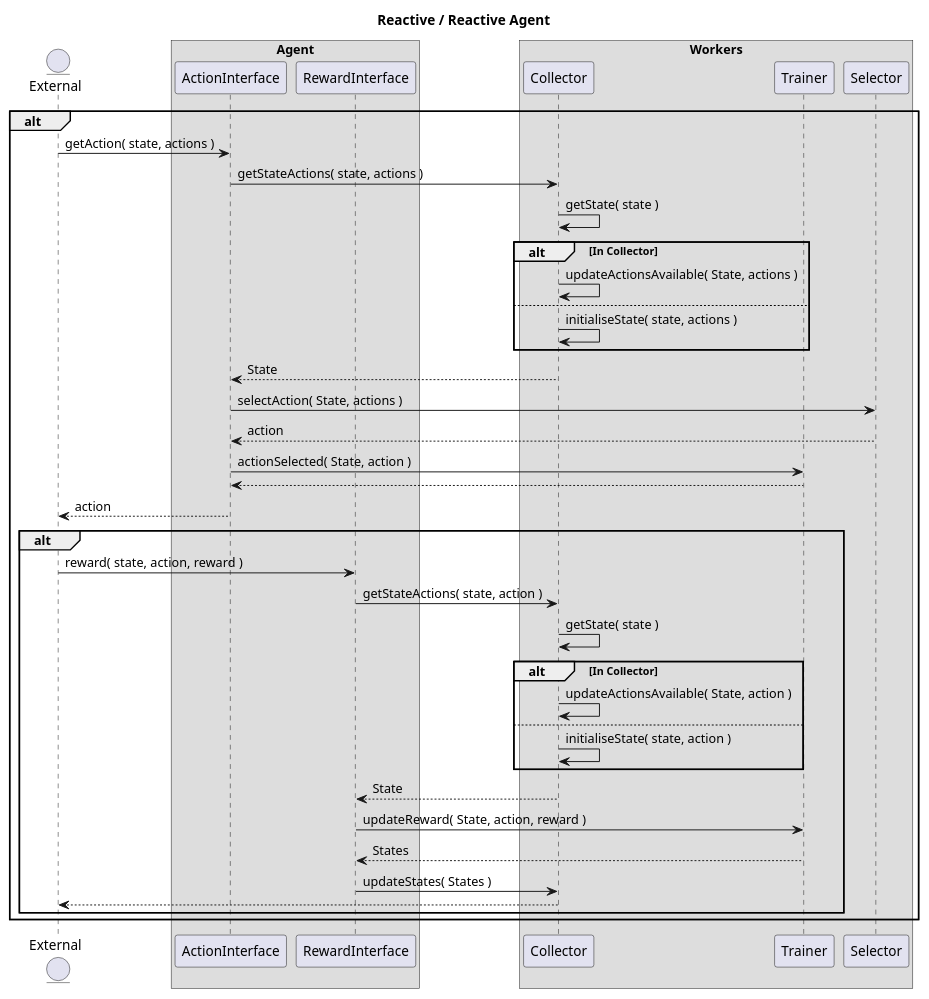
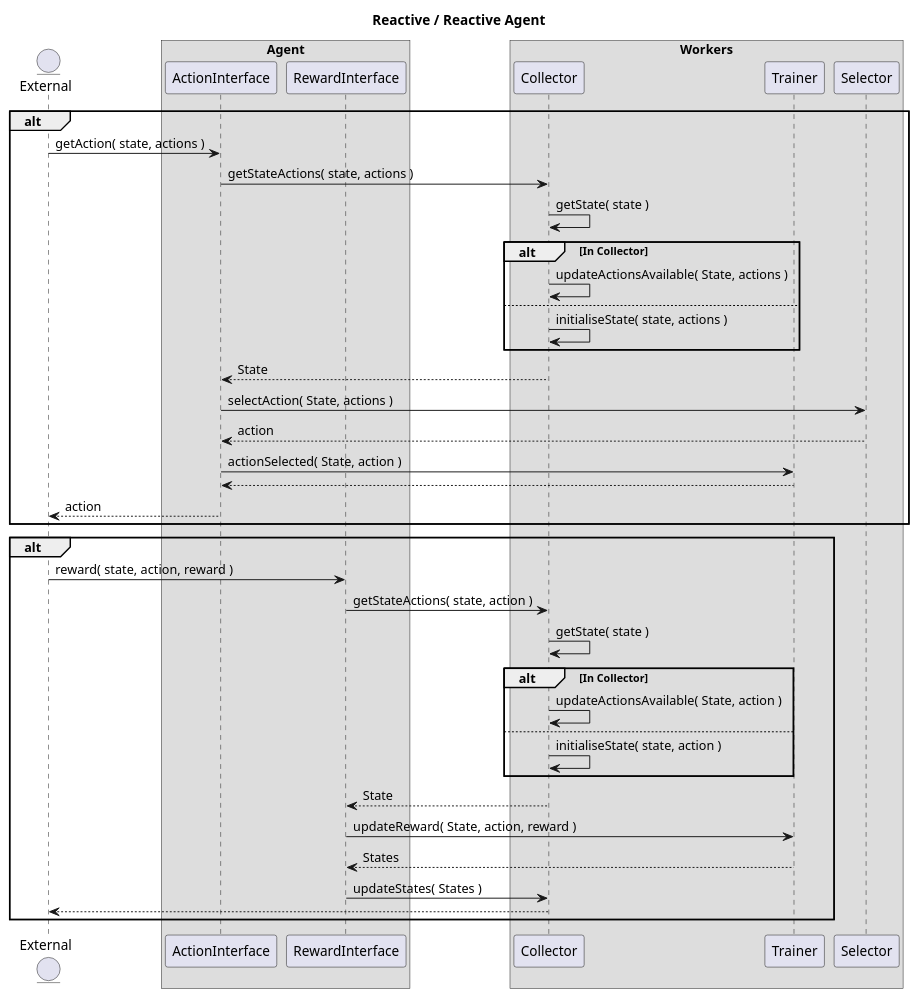
The diagram in Uml/SequenceDiagram/Agent RR.plantuml (vhorta73/RL-Perl), drawn with PlantUML before and after one commit. The commit also changed 1 other file, not shown here.

Commit message:
Agent Sequence Diagram changes
Make the alt paths independent on AR and RR Agent types.

```diff
--- a/Uml/SequenceDiagram/Agent RR.plantuml
+++ b/Uml/SequenceDiagram/Agent RR.plantuml
@@ -1,55 +1,55 @@
 @startuml
 
 title Reactive / Reactive Agent
 
 entity External
 
 box "Agent"
   participant ActionInterface 
   participant RewardInterface 
 end box
 
 box "Workers"
   participant Collector
   participant Trainer
   participant Selector 
 end box
 
 alt 
   External          -> ActionInterface   : getAction( state, actions )
   ActionInterface   -> Collector         : getStateActions( state, actions )
   Collector         -> Collector         : getState( state )
 
   alt In Collector
     Collector   -> Collector             : updateActionsAvailable( State, actions )
   else 
     Collector   -> Collector             : initialiseState( state, actions )
   end
 
   ActionInterface    <-- Collector       : State
   ActionInterface     -> Selector        : selectAction( State, actions )
   ActionInterface    <-- Selector        : action
   ActionInterface     -> Trainer         : actionSelected( State, action )
   ActionInterface    <-- Trainer
   External           <-- ActionInterface : action
+end
 
-  alt 
-    External          -> RewardInterface : reward( state, action, reward )
-    RewardInterface   -> Collector       : getStateActions( state, action )
-    Collector         -> Collector       : getState( state )
+alt 
+  External          -> RewardInterface   : reward( state, action, reward )
+  RewardInterface   -> Collector         : getStateActions( state, action )
+  Collector         -> Collector         : getState( state )
 
-    alt In Collector
-      Collector   -> Collector           : updateActionsAvailable( State, action )
-    else
-      Collector   -> Collector           : initialiseState( state, action )
-    end
+  alt In Collector
+    Collector   -> Collector             : updateActionsAvailable( State, action )
+  else
+    Collector   -> Collector             : initialiseState( state, action )
+  end
 
-    RewardInterface    <-- Collector     : State
-    RewardInterface     -> Trainer       : updateReward( State, action, reward )
-    RewardInterface    <-- Trainer       : States
-    RewardInterface     -> Collector     : updateStates( States )
-    External           <-- Collector
-  end 
+  RewardInterface    <-- Collector       : State
+  RewardInterface     -> Trainer         : updateReward( State, action, reward )
+  RewardInterface    <-- Trainer         : States
+  RewardInterface     -> Collector       : updateStates( States )
+  External           <-- Collector
 end
 
 @enduml
```
